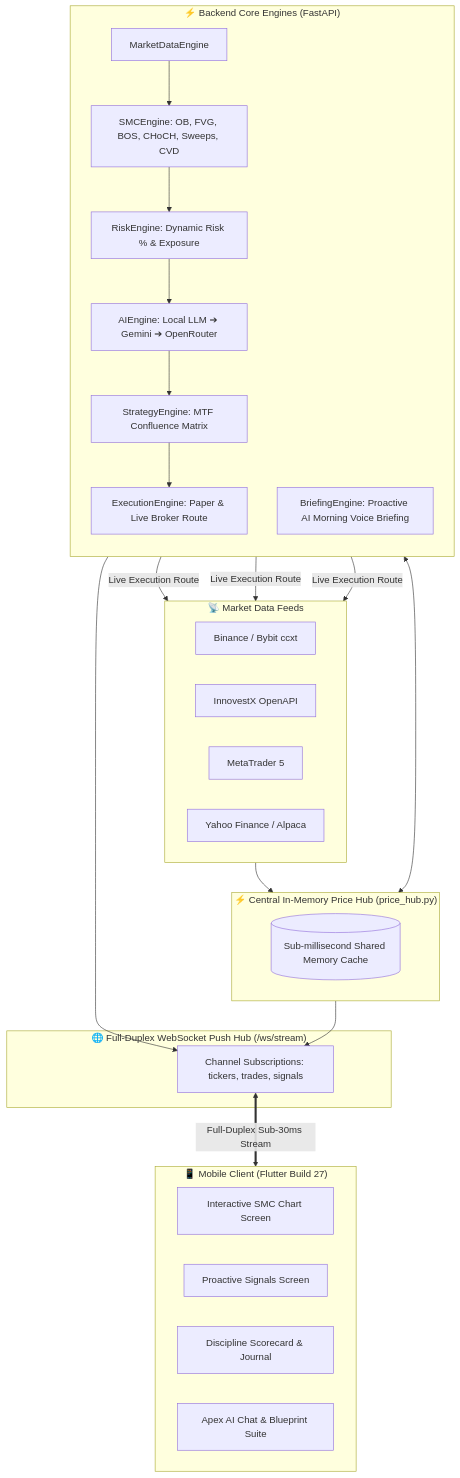
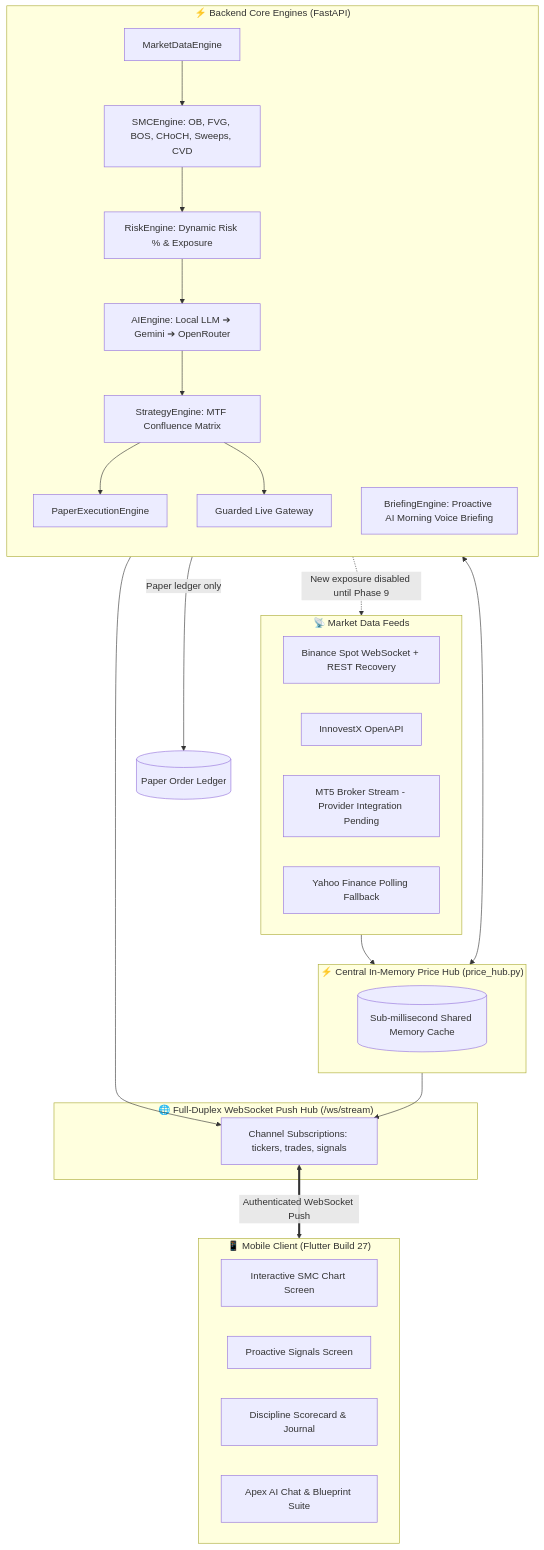
One commit to pirateszero92/ai_trade_advisor changed the diagram in README.md. Above: the diagram before and after it, drawn with Mermaid. The commit also changed other lines of this file and 108 other files, not shown here.

````diff
--- a/README.md
+++ b/README.md
@@ -17,44 +59,46 @@
 ```mermaid
 flowchart TB
     subgraph MarketDataLayer ["📡 Market Data Feeds"]
         direction LR
-        CCXT[Binance / Bybit ccxt]
+        CCXT[Binance Spot WebSocket + REST Recovery]
         INVX[InnovestX OpenAPI]
-        MT5[MetaTrader 5]
-        YF[Yahoo Finance / Alpaca]
+        MT5[MT5 Broker Stream - Provider Integration Pending]
+        YF[Yahoo Finance Polling Fallback]
     end
 
     subgraph PriceHubLayer ["⚡ Central In-Memory Price Hub (price_hub.py)"]
         direction LR
         PH[(Sub-millisecond Shared Memory Cache)]
     end
 
     subgraph BackendCore ["⚡ Backend Core Engines (FastAPI)"]
         direction TB
         MD[MarketDataEngine] --> SMC[SMCEngine: OB, FVG, BOS, CHoCH, Sweeps, CVD]
         SMC --> Risk[RiskEngine: Dynamic Risk % & Exposure]
         Risk --> AI[AIEngine: Local LLM ➔ Gemini ➔ OpenRouter]
         AI --> Strategy[StrategyEngine: MTF Confluence Matrix]
-        Strategy --> Exec[ExecutionEngine: Paper & Live Broker Route]
+        Strategy --> Exec[PaperExecutionEngine]
+        Strategy --> Live[Guarded Live Gateway]
         VB[BriefingEngine: Proactive AI Morning Voice Briefing]
     end
 
     subgraph PushHub ["🌐 Full-Duplex WebSocket Push Hub (/ws/stream)"]
         WS[Channel Subscriptions: tickers, trades, signals]
     end
 
     subgraph ClientLayer ["📱 Mobile Client (Flutter Build 27)"]
         direction LR
         Chart[Interactive SMC Chart Screen]
         Signals[Proactive Signals Screen]
         Journal[Discipline Scorecard & Journal]
         ApexAI[Apex AI Chat & Blueprint Suite]
     end
 
     MarketDataLayer --> PH
     PH <--> BackendCore
     PH --> WS
     BackendCore --> WS
-    WS <==>|Full-Duplex Sub-30ms Stream| ClientLayer
-    Exec -->|Live Execution Route| INVX & CCXT & MT5
+    WS <==>|Authenticated WebSocket Push| ClientLayer
+    Exec -->|Paper ledger only| Paper[(Paper Order Ledger)]
+    Live -.->|New exposure disabled until Phase 9| INVX
 ```
````
